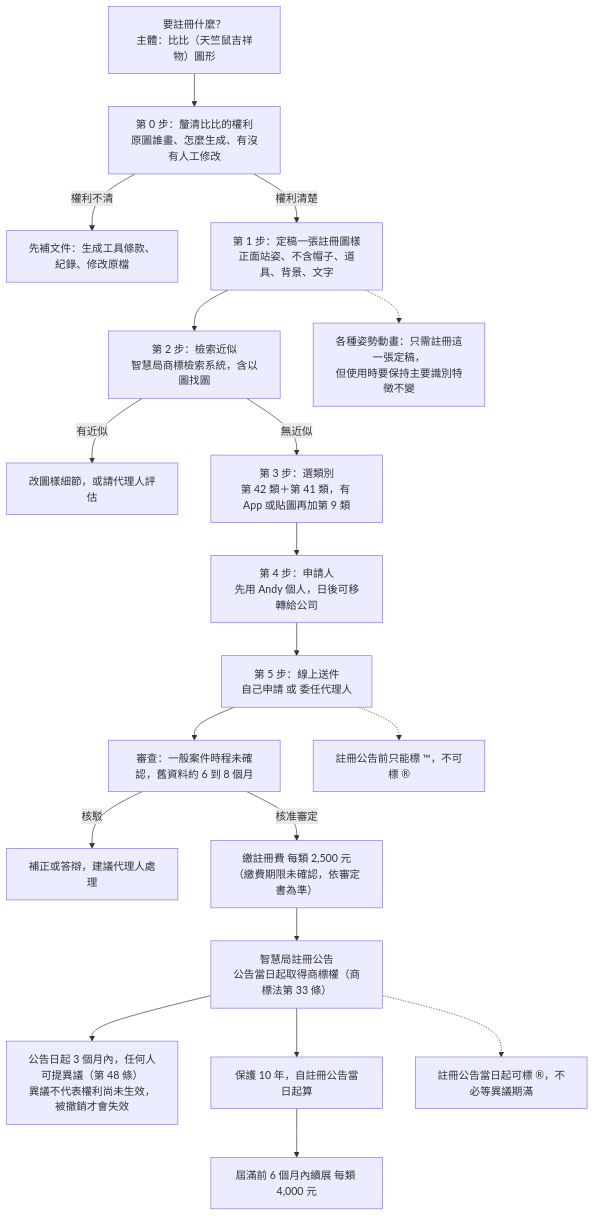
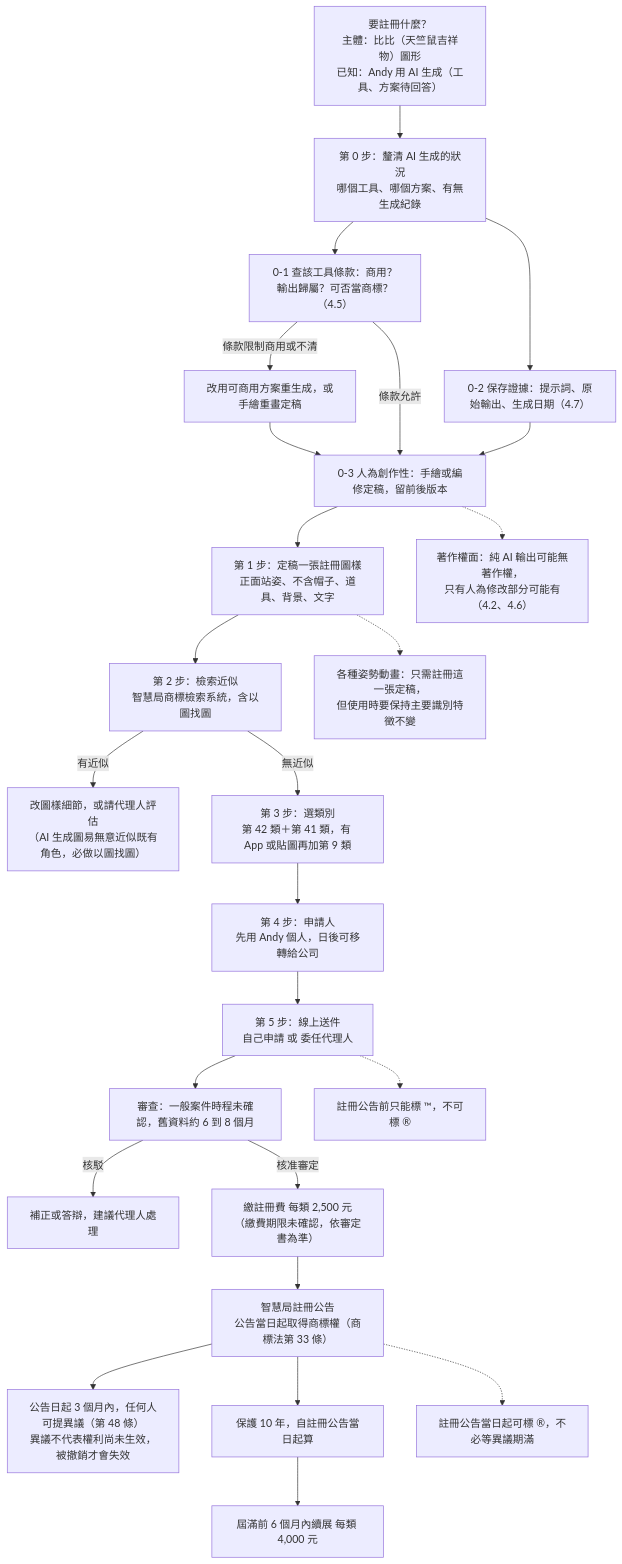
One commit to MiaoZiKe/tw-rotation changed the first of 2 diagrams in docs/legal/trademark_registration.md. Above: the diagram before and after it, drawn with Mermaid. The commit also changed other lines of this file, not shown here.

````diff
--- a/docs/legal/trademark_registration.md
+++ b/docs/legal/trademark_registration.md
@@ -10,21 +12,27 @@
 ```mermaid
 flowchart TD
-    A["要註冊什麼？<br/>主體：比比（天竺鼠吉祥物）圖形"] --> B["第 0 步：釐清比比的權利<br/>原圖誰畫、怎麼生成、有沒有人工修改"]
-    B -->|"權利不清"| B1["先補文件：生成工具條款、紀錄、修改原檔"]
-    B -->|"權利清楚"| C["第 1 步：定稿一張註冊圖樣<br/>正面站姿、不含帽子、道具、背景、文字"]
+    A["要註冊什麼？<br/>主體：比比（天竺鼠吉祥物）圖形<br/>已知：Andy 用 AI 生成（工具、方案待回答）"] --> B["第 0 步：釐清 AI 生成的狀況<br/>哪個工具、哪個方案、有無生成紀錄"]
+    B --> B0["0-1 查該工具條款：商用？輸出歸屬？可否當商標？（4.5）"]
+    B --> B2["0-2 保存證據：提示詞、原始輸出、生成日期（4.7）"]
+    B0 -->|"條款限制商用或不清"| B1["改用可商用方案重生成，或手繪重畫定稿"]
+    B0 -->|"條款允許"| C0["0-3 人為創作性：手繪或編修定稿，留前後版本"]
+    B2 --> C0
+    B1 --> C0
+    C0 --> C["第 1 步：定稿一張註冊圖樣<br/>正面站姿、不含帽子、道具、背景、文字"]
+    C0 -.-> W["著作權面：純 AI 輸出可能無著作權，<br/>只有人為修改部分可能有（4.2、4.6）"]
     C --> D["第 2 步：檢索近似<br/>智慧局商標檢索系統，含以圖找圖"]
-    D -->|"有近似"| D1["改圖樣細節，或請代理人評估"]
+    D -->|"有近似"| D1["改圖樣細節，或請代理人評估<br/>（AI 生成圖易無意近似既有角色，必做以圖找圖）"]
     D -->|"無近似"| E["第 3 步：選類別<br/>第 42 類＋第 41 類，有 App 或貼圖再加第 9 類"]
     E --> F["第 4 步：申請人<br/>先用 Andy 個人，日後可移轉給公司"]
     F --> G["第 5 步：線上送件<br/>自己申請 或 委任代理人"]
     G --> H["審查：一般案件時程未確認，舊資料約 6 到 8 個月"]
     H -->|"核駁"| H1["補正或答辯，建議代理人處理"]
     H -->|"核准審定"| I["繳註冊費 每類 2,500 元<br/>（繳費期限未確認，依審定書為準）"]
     I --> J["智慧局註冊公告<br/>公告當日起取得商標權（商標法第 33 條）"]
     J --> J2["公告日起 3 個月內，任何人可提異議（第 48 條）<br/>異議不代表權利尚未生效，被撤銷才會失效"]
     J --> K["保護 10 年，自註冊公告當日起算"]
     K --> L["屆滿前 6 個月內續展 每類 4,000 元"]
     G -.-> P["註冊公告前只能標 ™，不可標 ®"]
     J -.-> Q["註冊公告當日起可標 ®，不必等異議期滿"]
     C -.-> R["各種姿勢動畫：只需註冊這一張定稿，<br/>但使用時要保持主要識別特徵不變"]
 ```
````
